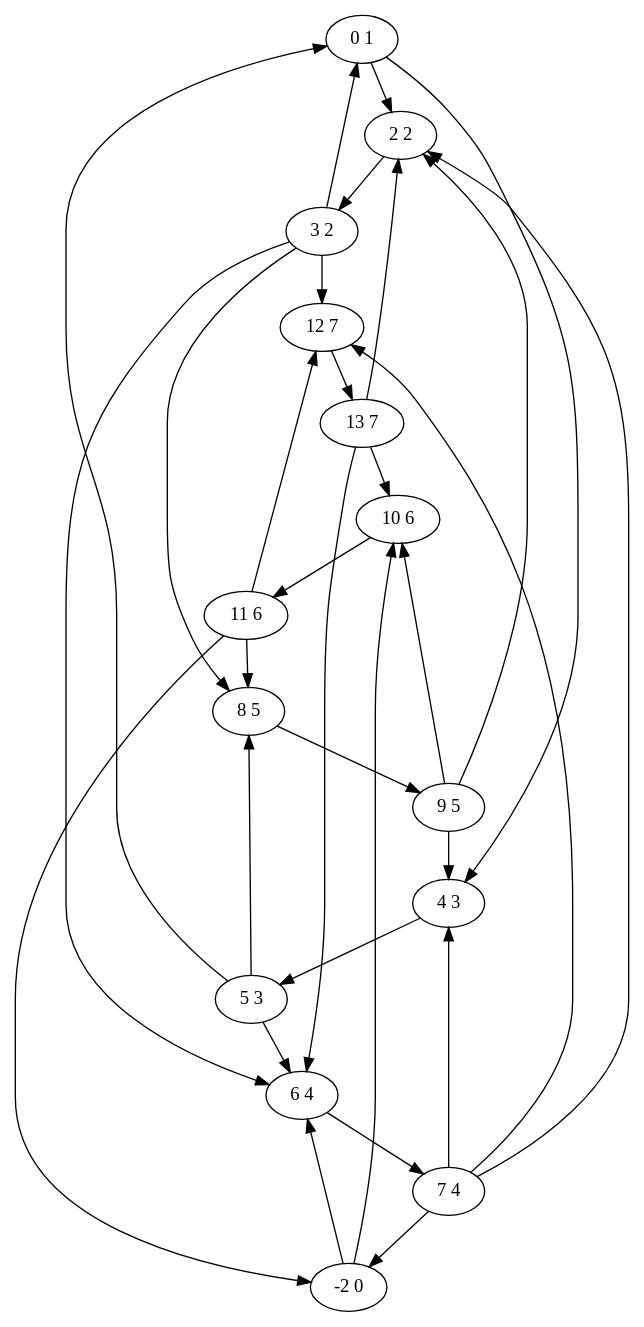
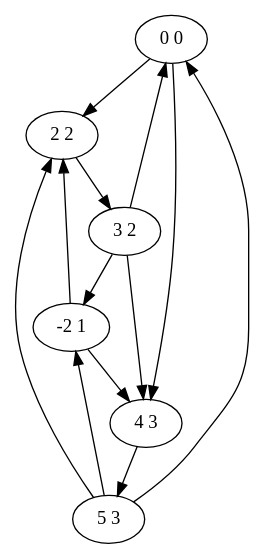
The diagram in 1.gv (Xel4ek/lem_in), drawn with Graphviz before and after one commit. The commit also changed 108 other files, not shown here.

```diff
--- a/1.gv
+++ b/1.gv
@@ -1,46 +1,20 @@
 digraph 4 {
-	"0 1";
+	"0 0";
 	"3 2";
 	"2 2";
 	"5 3";
 	"4 3";
-	"7 4";
-	"6 4";
-	"9 5";
-	"8 5";
-	"11 6";
-	"10 6";
-	"13 7";
-	"12 7";
-	"-2 0";
-	"3 2" -> "0 1";
-	"5 3" -> "0 1";
+	"-2 1";
+	"5 3" -> "0 0";
+	"3 2" -> "0 0";
 	"2 2" -> "3 2";
-	"13 7" -> "2 2";
-	"7 4" -> "2 2";
-	"0 1" -> "2 2";
-	"9 5" -> "2 2";
+	"5 3" -> "2 2";
+	"-2 1" -> "2 2";
+	"0 0" -> "2 2";
 	"4 3" -> "5 3";
-	"7 4" -> "4 3";
-	"9 5" -> "4 3";
-	"0 1" -> "4 3";
-	"6 4" -> "7 4";
-	"-2 0" -> "6 4";
-	"13 7" -> "6 4";
-	"3 2" -> "6 4";
-	"5 3" -> "6 4";
-	"8 5" -> "9 5";
-	"5 3" -> "8 5";
-	"11 6" -> "8 5";
-	"3 2" -> "8 5";
-	"10 6" -> "11 6";
-	"-2 0" -> "10 6";
-	"13 7" -> "10 6";
-	"9 5" -> "10 6";
-	"12 7" -> "13 7";
-	"11 6" -> "12 7";
-	"3 2" -> "12 7";
-	"7 4" -> "12 7";
-	"11 6" -> "-2 0";
-	"7 4" -> "-2 0";
+	"0 0" -> "4 3";
+	"3 2" -> "4 3";
+	"-2 1" -> "4 3";
+	"3 2" -> "-2 1";
+	"5 3" -> "-2 1";
 	}
```
